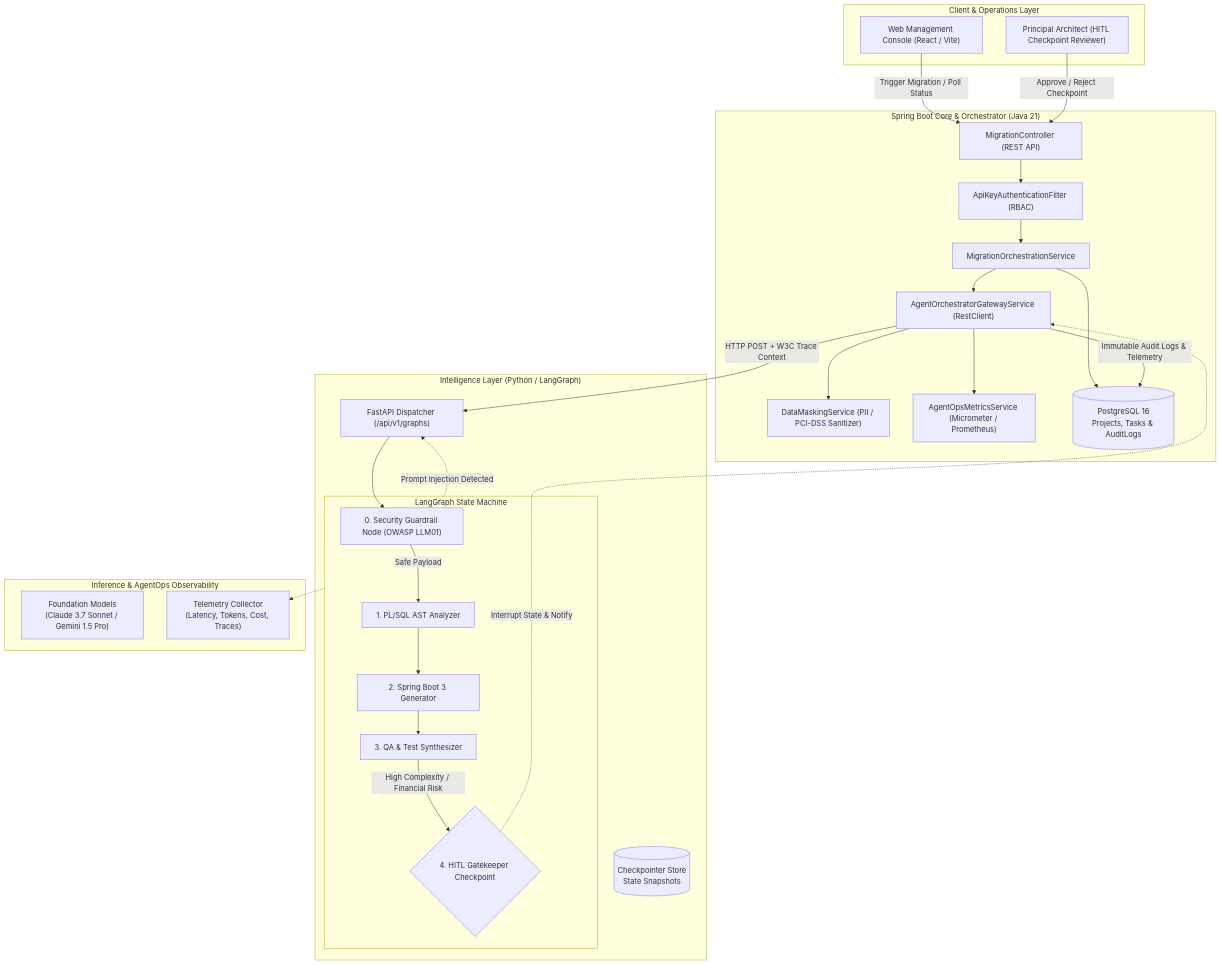
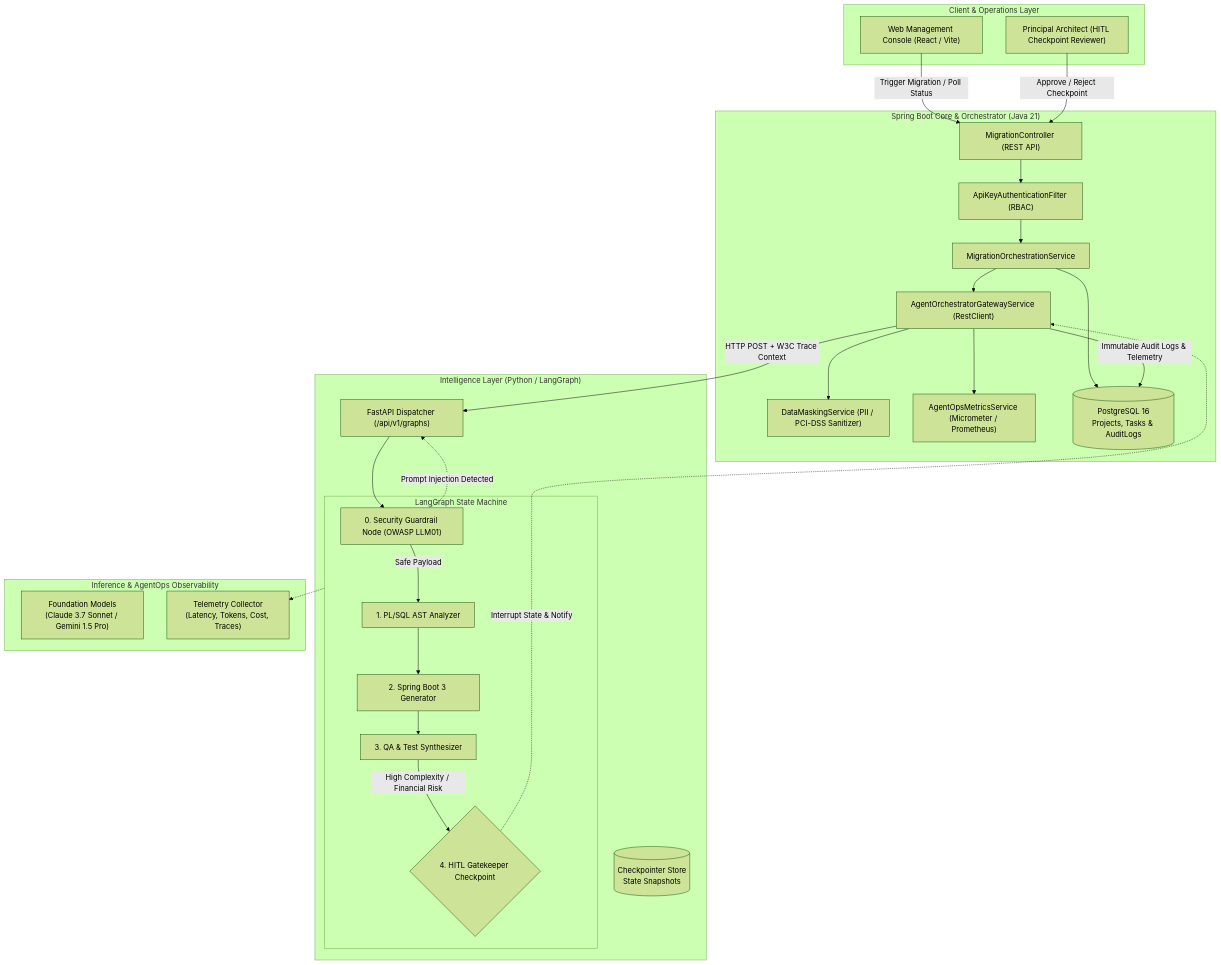
Before and after one commit to ggonzalez36/Agentic-Migration-plataform: the first of 2 diagrams in README.md, drawn with Mermaid. The commit also changed other lines of this file and 1 other file, not shown here.

Commit message:
style: apply forest theme to all architectural and sequence mermaid diagrams

````diff
--- a/README.md
+++ b/README.md
@@ -11,53 +11,54 @@
 ```mermaid
+%%{init: {'theme': 'forest'}}%%
 flowchart TD
     subgraph ClientLayer ["Client & Operations Layer"]
         WebUI["Web Management Console (React / Vite)"]
         LeadArch["Principal Architect (HITL Checkpoint Reviewer)"]
     end
 
     subgraph CoreOrchestrator ["Spring Boot Core & Orchestrator (Java 21)"]
         RESTCtrl["MigrationController (REST API)"]
         SecFilter["ApiKeyAuthenticationFilter (RBAC)"]
         DataMask["DataMaskingService (PII / PCI-DSS Sanitizer)"]
         DomainService["MigrationOrchestrationService"]
         Gateway["AgentOrchestratorGatewayService (RestClient)"]
         Metrics["AgentOpsMetricsService (Micrometer / Prometheus)"]
         Postgres[(PostgreSQL 16\nProjects, Tasks & AuditLogs)]
     end
 
     subgraph AgentEngine ["Intelligence Layer (Python / LangGraph)"]
         FastAPI["FastAPI Dispatcher (/api/v1/graphs)"]
         subgraph GraphTopology ["LangGraph State Machine"]
             Guardrail["0. Security Guardrail Node (OWASP LLM01)"]
             Node1["1. PL/SQL AST Analyzer"]
             Node2["2. Spring Boot 3 Generator"]
             Node3["3. QA & Test Synthesizer"]
             Node4{"4. HITL Gatekeeper Checkpoint"}
         end
         LangGraphStore[(Checkpointer Store\nState Snapshots)]
     end
 
     subgraph LLMProviders ["Inference & AgentOps Observability"]
         LLM["Foundation Models\n(Claude 3.7 Sonnet / Gemini 1.5 Pro)"]
         AgentOpsTrace["Telemetry Collector\n(Latency, Tokens, Cost, Traces)"]
     end
 
     WebUI -->|Trigger Migration / Poll Status| RESTCtrl
     RESTCtrl --> SecFilter
     SecFilter --> DomainService
     DomainService --> Postgres
     DomainService --> Gateway
     Gateway --> DataMask
     Gateway --> Metrics
     Gateway -->|HTTP POST + W3C Trace Context| FastAPI
     FastAPI --> Guardrail
     Guardrail -->|Safe Payload| Node1
     Guardrail -.->|Prompt Injection Detected| FastAPI
     Node1 --> Node2
     Node2 --> Node3
     Node3 -->|High Complexity / Financial Risk| Node4
     Node4 -.->|Interrupt State & Notify| Gateway
     LeadArch -->|Approve / Reject Checkpoint| RESTCtrl
     Gateway -->|Immutable Audit Logs & Telemetry| Postgres
     GraphTopology -.-> AgentOpsTrace
 ```
````
